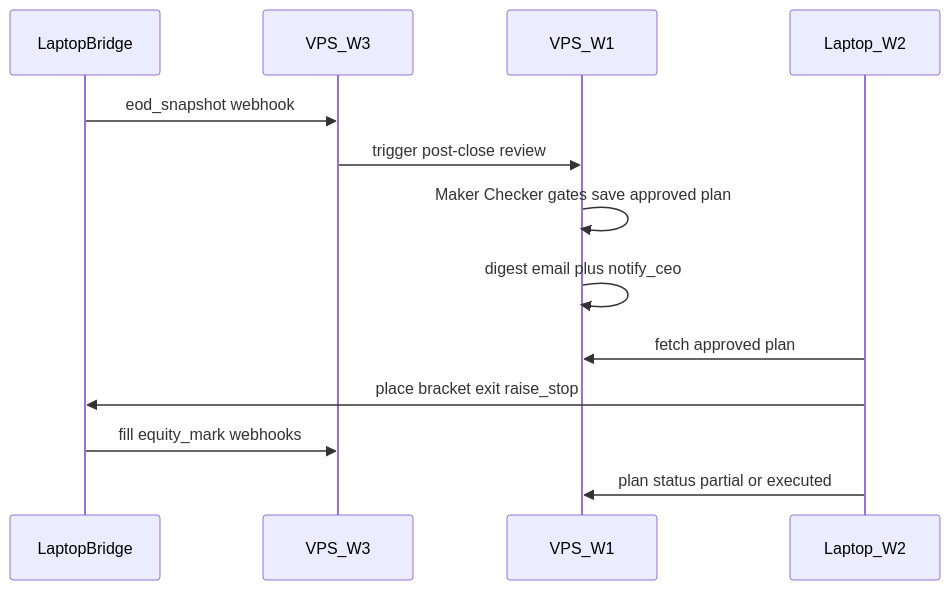
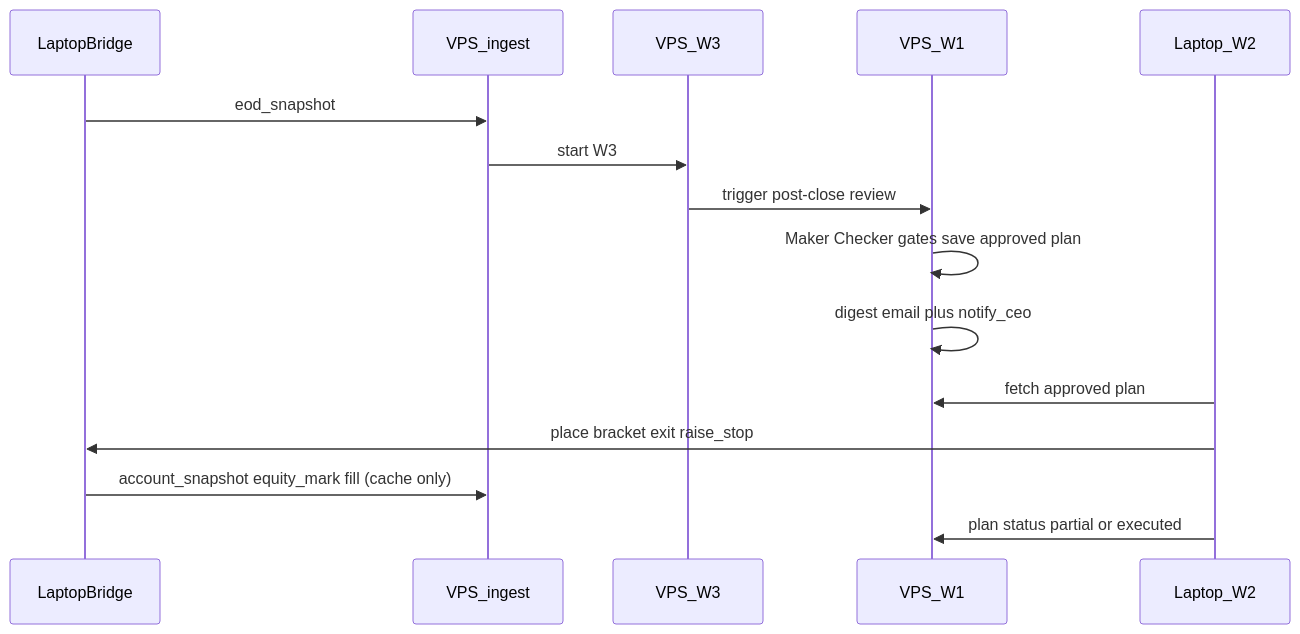
One commit to balaji-ranga/agent-os changed the diagram in knowledgebase/IBKR-MONTHLY-EXECUTION-MODEL.md. Above: the diagram before and after it, drawn with Mermaid. The commit also changed other lines of this file and 20 other files, not shown here.

````diff
--- a/knowledgebase/IBKR-MONTHLY-EXECUTION-MODEL.md
+++ b/knowledgebase/IBKR-MONTHLY-EXECUTION-MODEL.md
@@ -62,15 +62,17 @@
 ```mermaid
 sequenceDiagram
   participant Bridge as LaptopBridge
+  participant Ingest as VPS_ingest
   participant W3 as VPS_W3
   participant W1 as VPS_W1
   participant W2 as Laptop_W2
-  Bridge->>W3: eod_snapshot webhook
+  Bridge->>Ingest: eod_snapshot
+  Ingest->>W3: start W3
   W3->>W1: trigger post-close review
   W1->>W1: Maker Checker gates save approved plan
   W1->>W1: digest email plus notify_ceo
   W2->>W1: fetch approved plan
   W2->>Bridge: place bracket exit raise_stop
-  Bridge->>W3: fill equity_mark webhooks
+  Bridge->>Ingest: account_snapshot equity_mark fill (cache only)
   W2->>W1: plan status partial or executed
 ```
````
